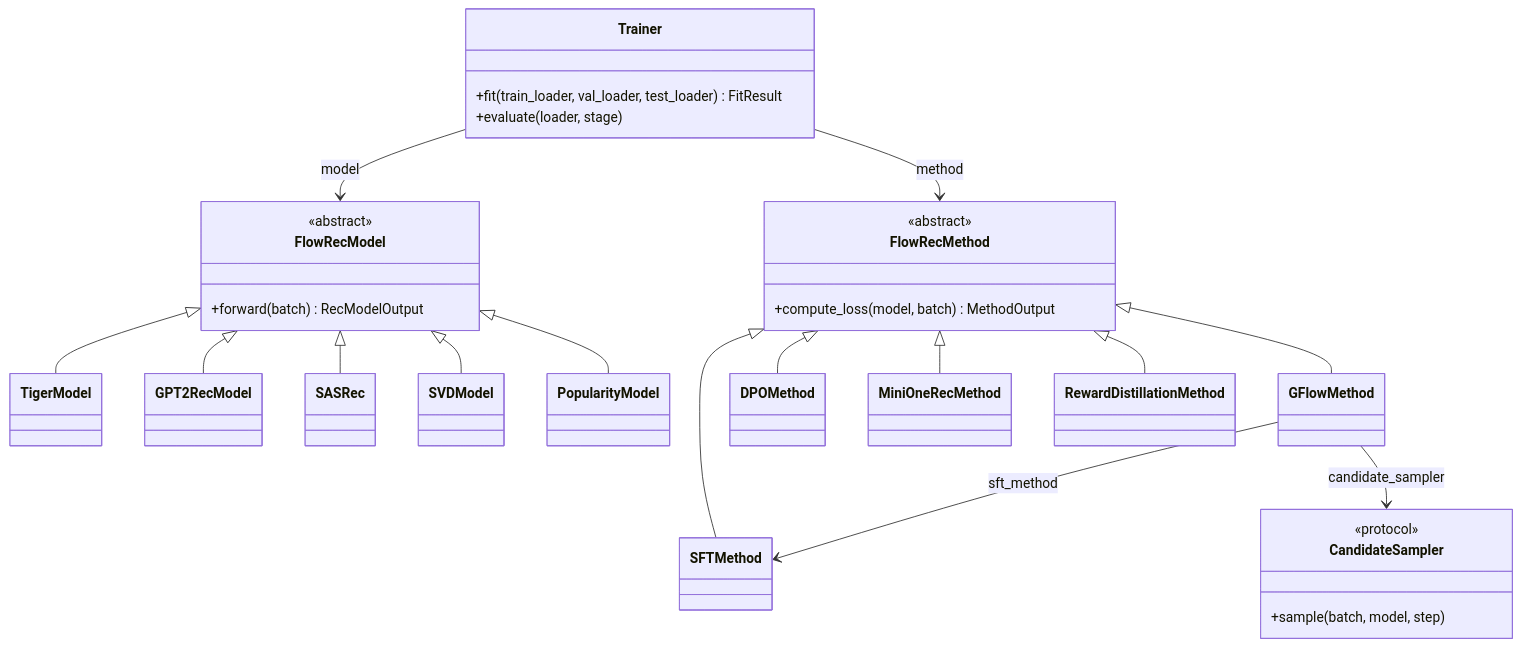
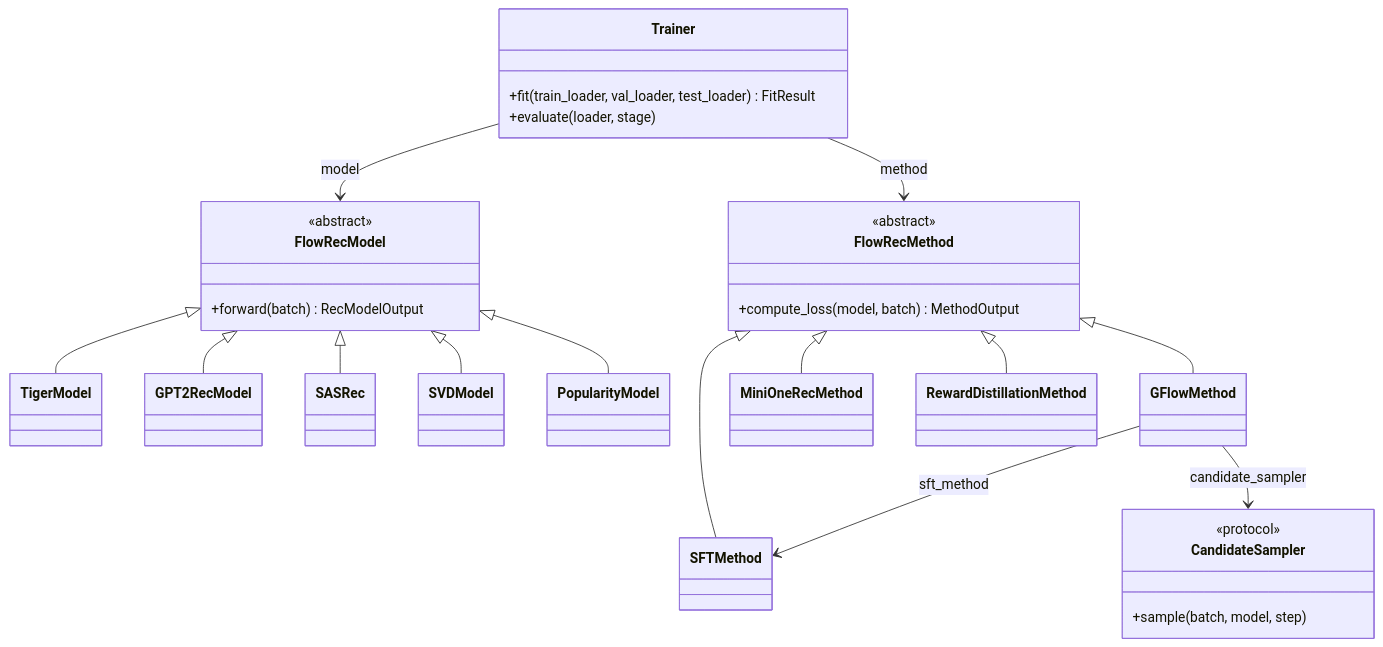
One commit to Anaxagor/flowrec changed the diagram in README.md. Above: the diagram before and after it, drawn with Mermaid. The commit also changed other lines of this file and 317 other files, not shown here.

````diff
--- a/README.md
+++ b/README.md
@@ -63,36 +63,35 @@
 ```mermaid
 classDiagram
     class FlowRecModel {
         <<abstract>>
         +forward(batch) RecModelOutput
     }
     class FlowRecMethod {
         <<abstract>>
         +compute_loss(model, batch) MethodOutput
     }
     class Trainer {
         +fit(train_loader, val_loader, test_loader) FitResult
         +evaluate(loader, stage)
     }
     class CandidateSampler {
         <<protocol>>
         +sample(batch, model, step)
     }
 
     FlowRecModel <|-- TigerModel
     FlowRecModel <|-- GPT2RecModel
     FlowRecModel <|-- SASRec
     FlowRecModel <|-- SVDModel
     FlowRecModel <|-- PopularityModel
 
     FlowRecMethod <|-- SFTMethod
     FlowRecMethod <|-- GFlowMethod
-    FlowRecMethod <|-- DPOMethod
     FlowRecMethod <|-- MiniOneRecMethod
     FlowRecMethod <|-- RewardDistillationMethod
 
     Trainer --> FlowRecModel : model
     Trainer --> FlowRecMethod : method
     GFlowMethod --> SFTMethod : sft_method
     GFlowMethod --> CandidateSampler : candidate_sampler
 ```
````
